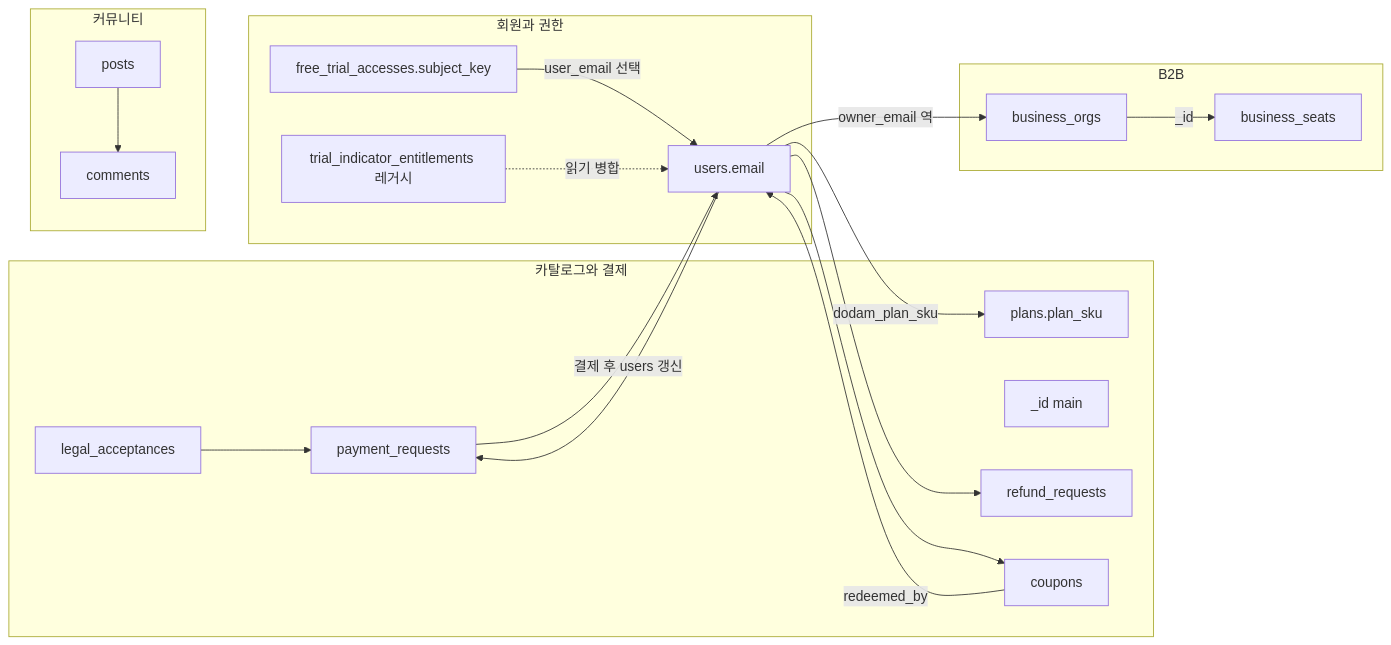
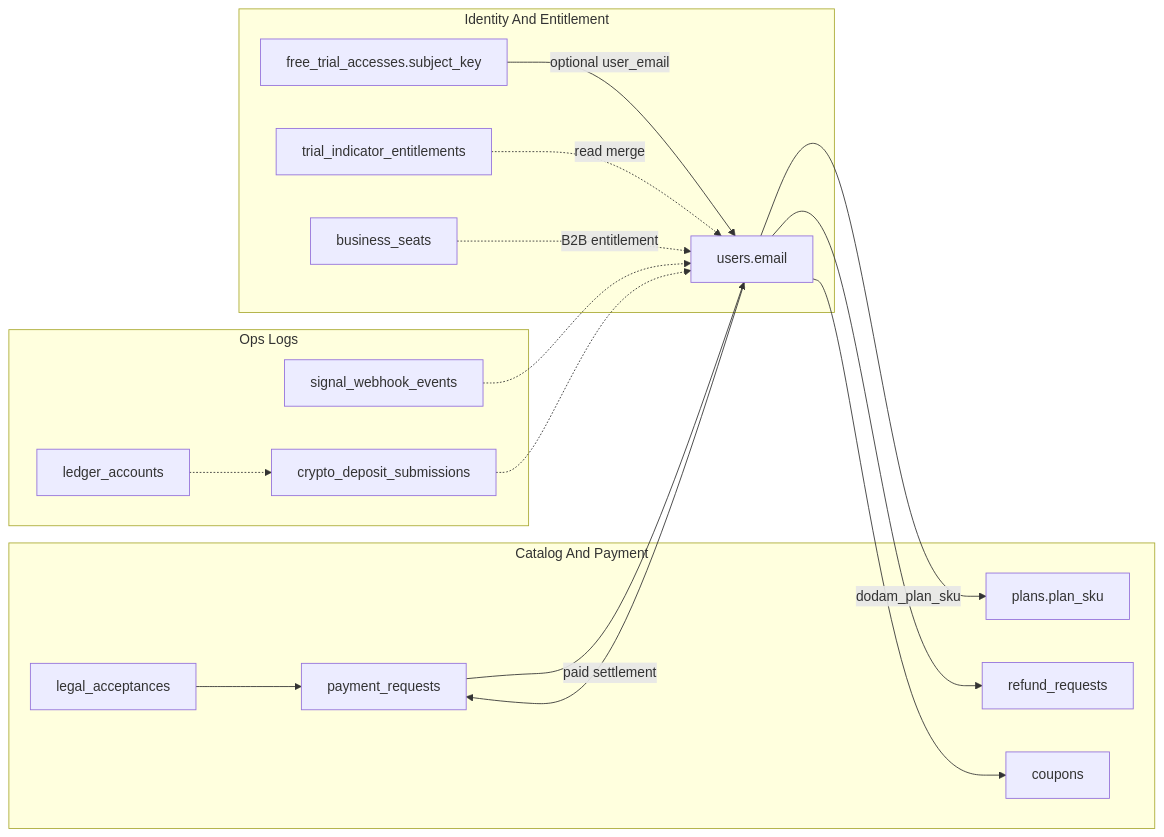
Before and after one commit to gjg00000-arch/happyinvest-site: the diagram in docs/GEMINI-MONGODB-BRIEFING.md, drawn with Mermaid. The commit also changed other lines of this file and 2 other files, not shown here.

````diff
--- a/docs/GEMINI-MONGODB-BRIEFING.md
+++ b/docs/GEMINI-MONGODB-BRIEFING.md
@@ -103,37 +86,36 @@
 ```mermaid
 flowchart LR
-  subgraph commerce [카탈로그와 결제]
+  subgraph commerce [Catalog And Payment]
     plans["plans.plan_sku"]
-    commercial["_id main"]
-    pr["payment_requests"]
-    legal["legal_acceptances"]
-    refund["refund_requests"]
+    paymentRequests["payment_requests"]
+    legalAcceptances["legal_acceptances"]
+    refunds["refund_requests"]
     coupons["coupons"]
   end
-  subgraph identity [회원과 권한]
+
+  subgraph identity [Identity And Entitlement]
     users["users.email"]
-    fta["free_trial_accesses.subject_key"]
-    tie["trial_indicator_entitlements 레거시"]
-  end
-  subgraph b2b [B2B]
-    org["business_orgs"]
-    seat["business_seats"]
-  end
-  subgraph board [커뮤니티]
-    posts["posts"]
-    cm["comments"]
+    freeTrial["free_trial_accesses.subject_key"]
+    legacyEnt["trial_indicator_entitlements"]
+    seats["business_seats"]
   end
 
-  users -->|dodam_plan_sku| plans
-  users -->|owner_email 역| org
-  org -->|_id| seat
-  users --> pr
-  legal --> pr
-  pr -->|결제 후 users 갱신| users
+  subgraph ops [Ops Logs]
+    signals["signal_webhook_events"]
+    crypto["crypto_deposit_submissions"]
+    ledger["ledger_accounts"]
+  end
+
+  users -->|"dodam_plan_sku"| plans
+  users --> paymentRequests
+  legalAcceptances --> paymentRequests
+  paymentRequests -->|"paid settlement"| users
+  users --> refunds
   users --> coupons
-  coupons -->|redeemed_by| users
-  users --> refund
-  fta -->|user_email 선택| users
-  tie -.->|읽기 병합| users
-  posts --> cm
+  freeTrial -->|"optional user_email"| users
+  legacyEnt -.->|"read merge"| users
+  seats -.->|"B2B entitlement"| users
+  signals -.-> users
+  crypto -.-> users
+  ledger -.-> crypto
 ```
````
